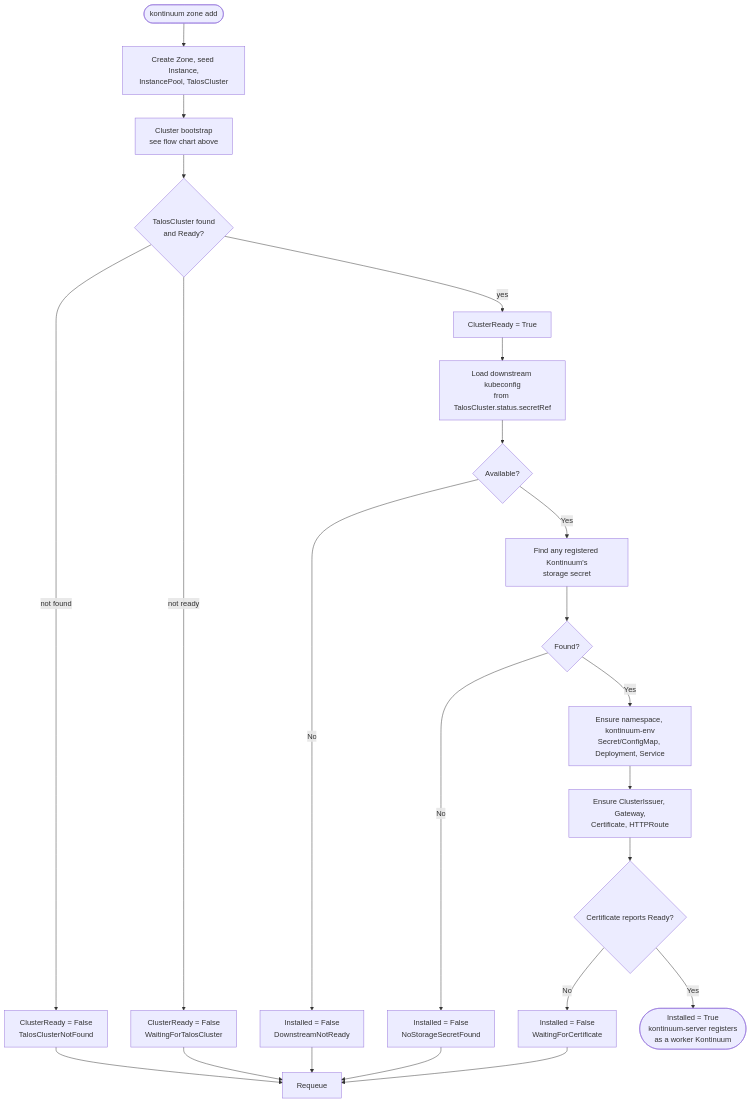
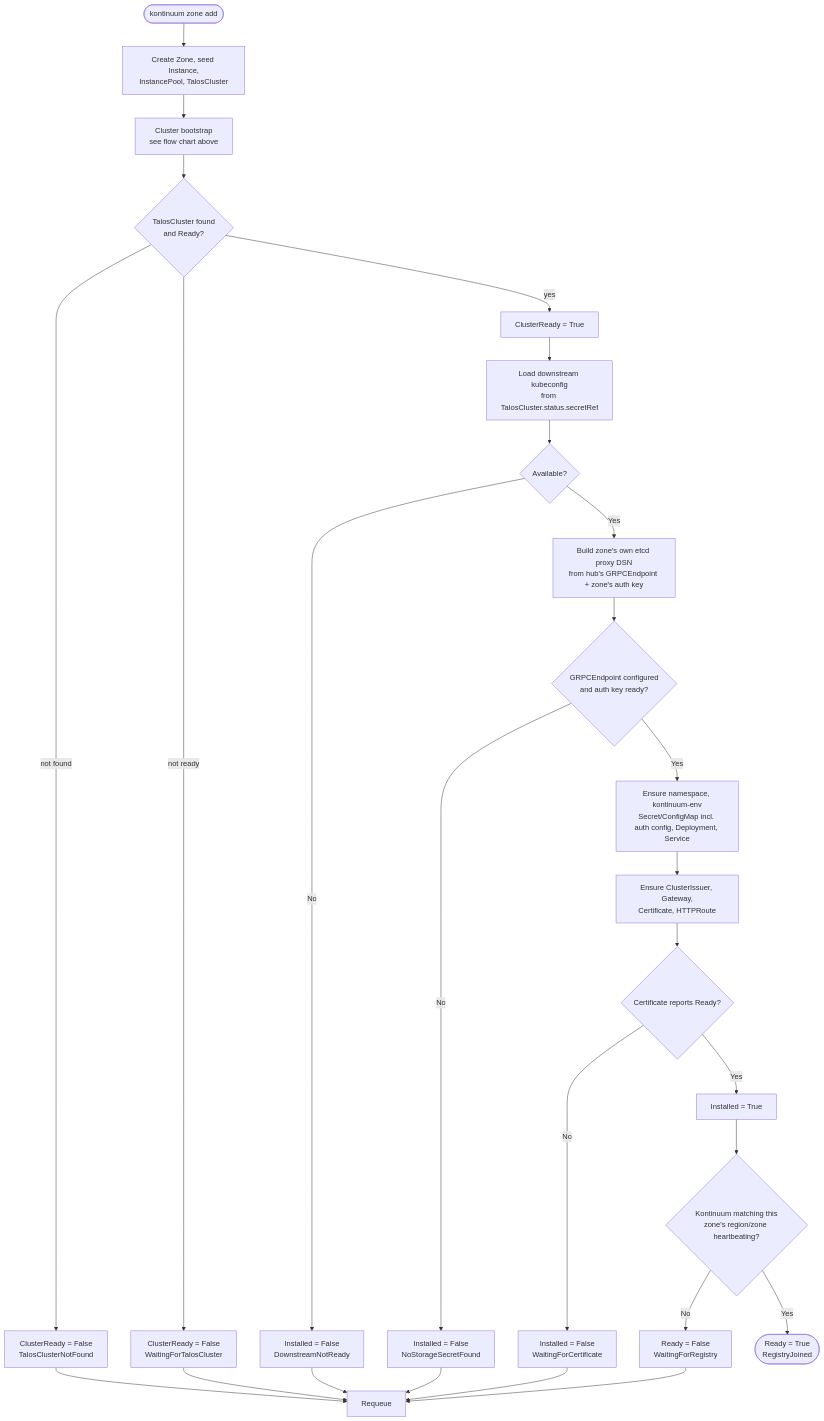
One commit to nicklasfrahm-dev/kontinuum changed the second of 2 diagrams in docs/workflows/zone-add.md. Above: the diagram before and after it, drawn with Mermaid. The commit also changed other lines of this file and 48 other files, not shown here.

Commit message:
feat(zone): add zone details page and fix zone worker registration (#97)

````diff
--- a/docs/workflows/zone-add.md
+++ b/docs/workflows/zone-add.md
@@ -290,29 +312,33 @@
 ```mermaid
 flowchart TD
     Start([kontinuum zone add]) --> FanOut[Create Zone, seed Instance,\nInstancePool, TalosCluster]
     FanOut --> Bootstrap[Cluster bootstrap\nsee flow chart above]
 
     Bootstrap --> ClusterCheck{TalosCluster found\nand Ready?}
     ClusterCheck -- not found --> NotFound[ClusterReady = False\nTalosClusterNotFound]
     NotFound --> Requeue1[Requeue]
     ClusterCheck -- not ready --> Waiting[ClusterReady = False\nWaitingForTalosCluster]
     Waiting --> Requeue1
 
     ClusterCheck -- yes --> ClusterReady[ClusterReady = True]
     ClusterReady --> LoadKubeconfig[Load downstream kubeconfig\nfrom TalosCluster.status.secretRef]
     LoadKubeconfig --> KubeconfigOK{Available?}
     KubeconfigOK -- No --> NotReady[Installed = False\nDownstreamNotReady]
     NotReady --> Requeue1
 
-    KubeconfigOK -- Yes --> FindStorage[Find any registered Kontinuum's\nstorage secret]
-    FindStorage --> StorageOK{Found?}
-    StorageOK -- No --> NoStorage[Installed = False\nNoStorageSecretFound]
+    KubeconfigOK -- Yes --> BuildDSN[Build zone's own etcd proxy DSN\nfrom hub's GRPCEndpoint + zone's auth key]
+    BuildDSN --> DSNOk{GRPCEndpoint configured\nand auth key ready?}
+    DSNOk -- No --> NoStorage[Installed = False\nNoStorageSecretFound]
     NoStorage --> Requeue1
 
-    StorageOK -- Yes --> InstallWorkload[Ensure namespace, kontinuum-env\nSecret/ConfigMap, Deployment, Service]
+    DSNOk -- Yes --> InstallWorkload[Ensure namespace, kontinuum-env\nSecret/ConfigMap incl. auth config, Deployment, Service]
     InstallWorkload --> InstallNetwork[Ensure ClusterIssuer, Gateway,\nCertificate, HTTPRoute]
     InstallNetwork --> CertCheck{Certificate reports Ready?}
     CertCheck -- No --> WaitCert[Installed = False\nWaitingForCertificate]
     WaitCert --> Requeue1
-    CertCheck -- Yes --> Done([Installed = True\nkontinuum-server registers\nas a worker Kontinuum])
+    CertCheck -- Yes --> Installed[Installed = True]
+    Installed --> RegistryCheck{Kontinuum matching this\nzone's region/zone heartbeating?}
+    RegistryCheck -- No --> WaitRegistry[Ready = False\nWaitingForRegistry]
+    WaitRegistry --> Requeue1
+    RegistryCheck -- Yes --> Done([Ready = True\nRegistryJoined])
 ```
````
